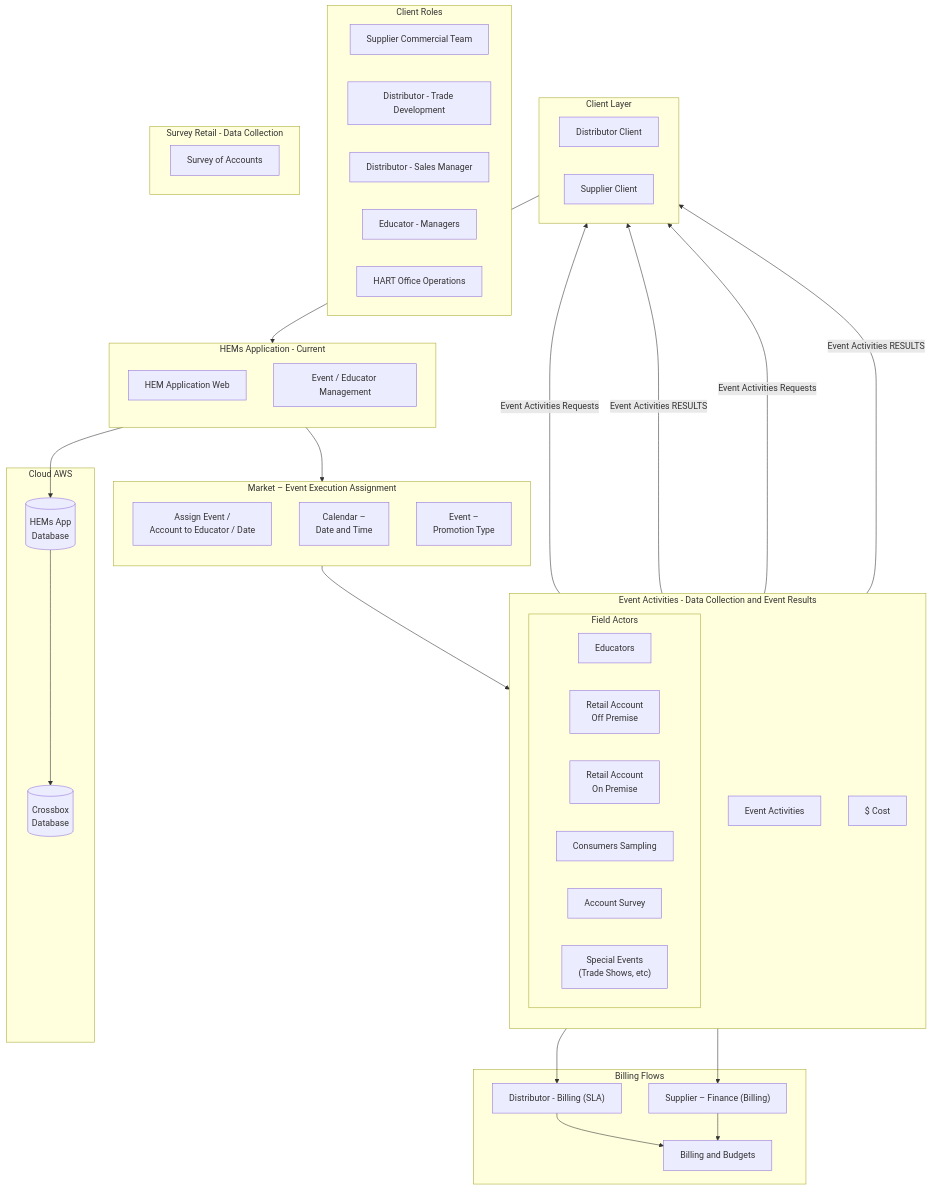
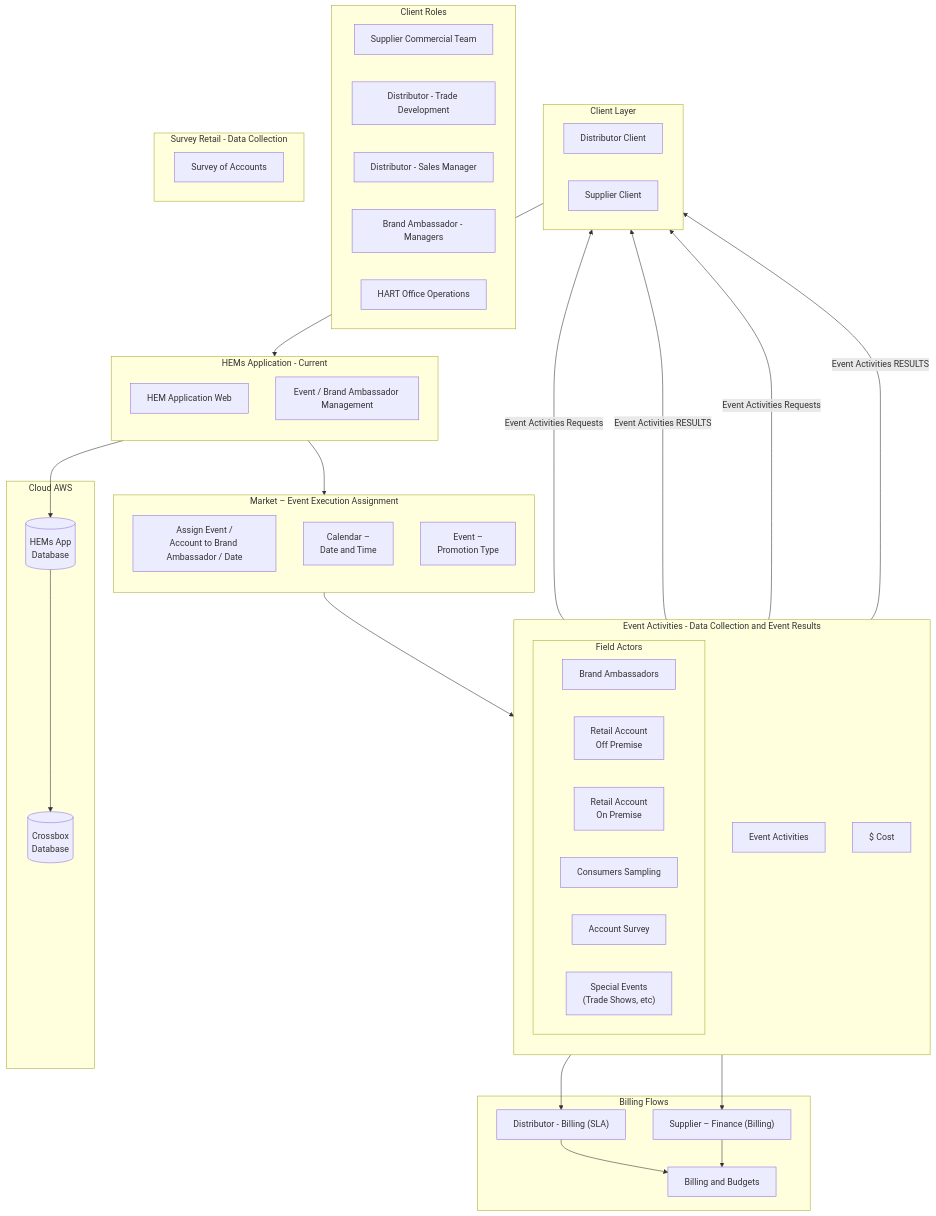
Before and after one commit to rafaeelricco/Hartopsprototype: the second of 15 diagrams in docs/for-llms/hart-sharepoint/tech-vision-diagram.md, drawn with Mermaid. The commit also changed other lines of this file and 15 other files, not shown here.

````diff
--- a/docs/for-llms/hart-sharepoint/tech-vision-diagram.md
+++ b/docs/for-llms/hart-sharepoint/tech-vision-diagram.md
@@ -58,73 +58,73 @@
 ```mermaid
 graph TB
     subgraph AWS["Cloud AWS"]
         HEMS_DB[("HEMs App<br/>Database")]
         CROSSBOX_DB[("Crossbox<br/>Database")]
     end
 
     subgraph HEMS_CURRENT["HEMs Application - Current"]
         direction TB
         HEM_WEB["HEM Application Web"]
-        EDU_MGT["Event / Educator Management"]
+        EDU_MGT["Event / Brand Ambassador Management"]
     end
 
     subgraph EVENT_ASSIGNMENT["Market – Event Execution Assignment"]
         direction TB
-        ASSIGN["Assign Event /<br/>Account to Educator / Date"]
+        ASSIGN["Assign Event /<br/>Account to Brand Ambassador / Date"]
         CALENDAR["Calendar –<br/>Date and Time"]
         PROMO_TYPE["Event –<br/>Promotion Type"]
     end
 
     subgraph EVENT_RESULTS["Event Activities - Data Collection and Event Results"]
         direction TB
         subgraph FIELD_ACTORS["Field Actors"]
-            EDUCATORS["Educators"]
+            EDUCATORS["Brand Ambassadors"]
             RETAIL_OFF["Retail Account<br/>Off Premise"]
             RETAIL_ON["Retail Account<br/>On Premise"]
             CONSUMERS["Consumers Sampling"]
             ACCT_SURVEY["Account Survey"]
             SPECIAL["Special Events<br/>(Trade Shows, etc)"]
         end
         ACTIVITIES["Event Activities"]
         COST["$ Cost"]
     end
 
     subgraph CLIENTS["Client Layer"]
         direction LR
         DIST_CLIENT["Distributor Client"]
         SUPP_CLIENT["Supplier Client"]
     end
 
     subgraph CLIENT_ROLES["Client Roles"]
         SUPP_COMMERCIAL["Supplier Commercial Team"]
         DIST_TRADE["Distributor - Trade Development"]
         DIST_SALES["Distributor - Sales Manager"]
-        EDU_MANAGERS["Educator - Managers"]
+        EDU_MANAGERS["Brand Ambassador - Managers"]
         HART_OPS["HART Office Operations"]
     end
 
     subgraph BILLING["Billing Flows"]
         DIST_BILLING["Distributor - Billing (SLA)"]
         SUPP_FINANCE["Supplier – Finance (Billing)"]
         BUDGETS["Billing and Budgets"]
     end
 
     subgraph SURVEY["Survey Retail - Data Collection"]
         SURVEY_ACCTS["Survey of Accounts"]
     end
 
     %% Flows
     CLIENTS --> HEMS_CURRENT
     HEMS_CURRENT --> HEMS_DB
     HEMS_CURRENT --> EVENT_ASSIGNMENT
     EVENT_ASSIGNMENT --> EVENT_RESULTS
 
     EVENT_RESULTS -->|"Event Activities Requests"| DIST_CLIENT
     EVENT_RESULTS -->|"Event Activities RESULTS"| DIST_CLIENT
     EVENT_RESULTS -->|"Event Activities Requests"| SUPP_CLIENT
     EVENT_RESULTS -->|"Event Activities RESULTS"| SUPP_CLIENT
 
     ACTIVITIES --> DIST_BILLING --> BUDGETS
     ACTIVITIES --> SUPP_FINANCE --> BUDGETS
     HEMS_DB --> CROSSBOX_DB
 ```
````
